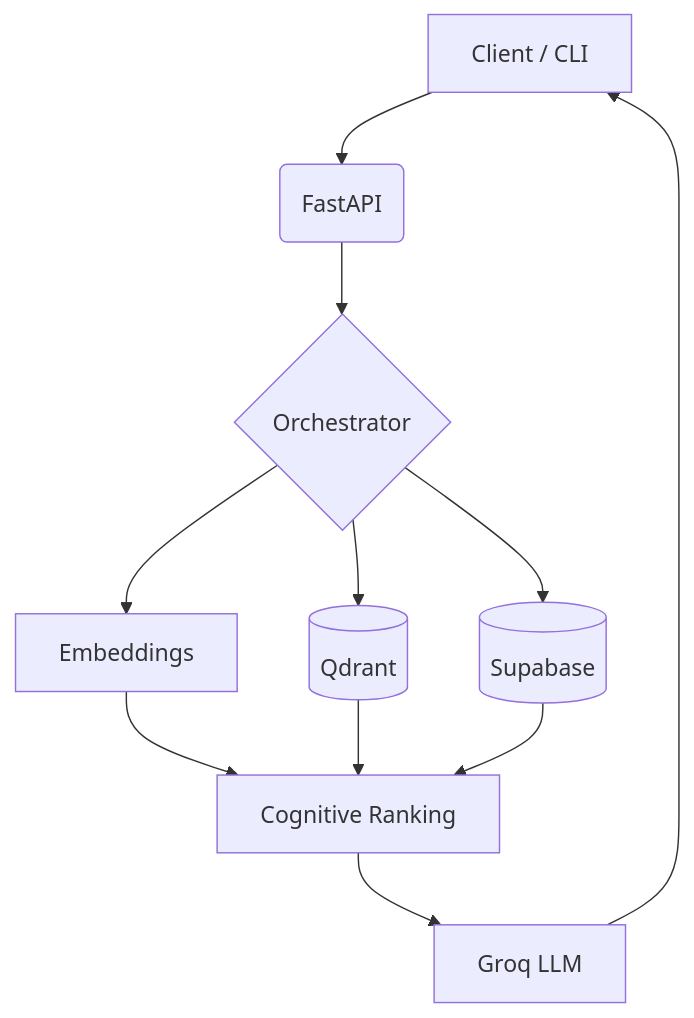
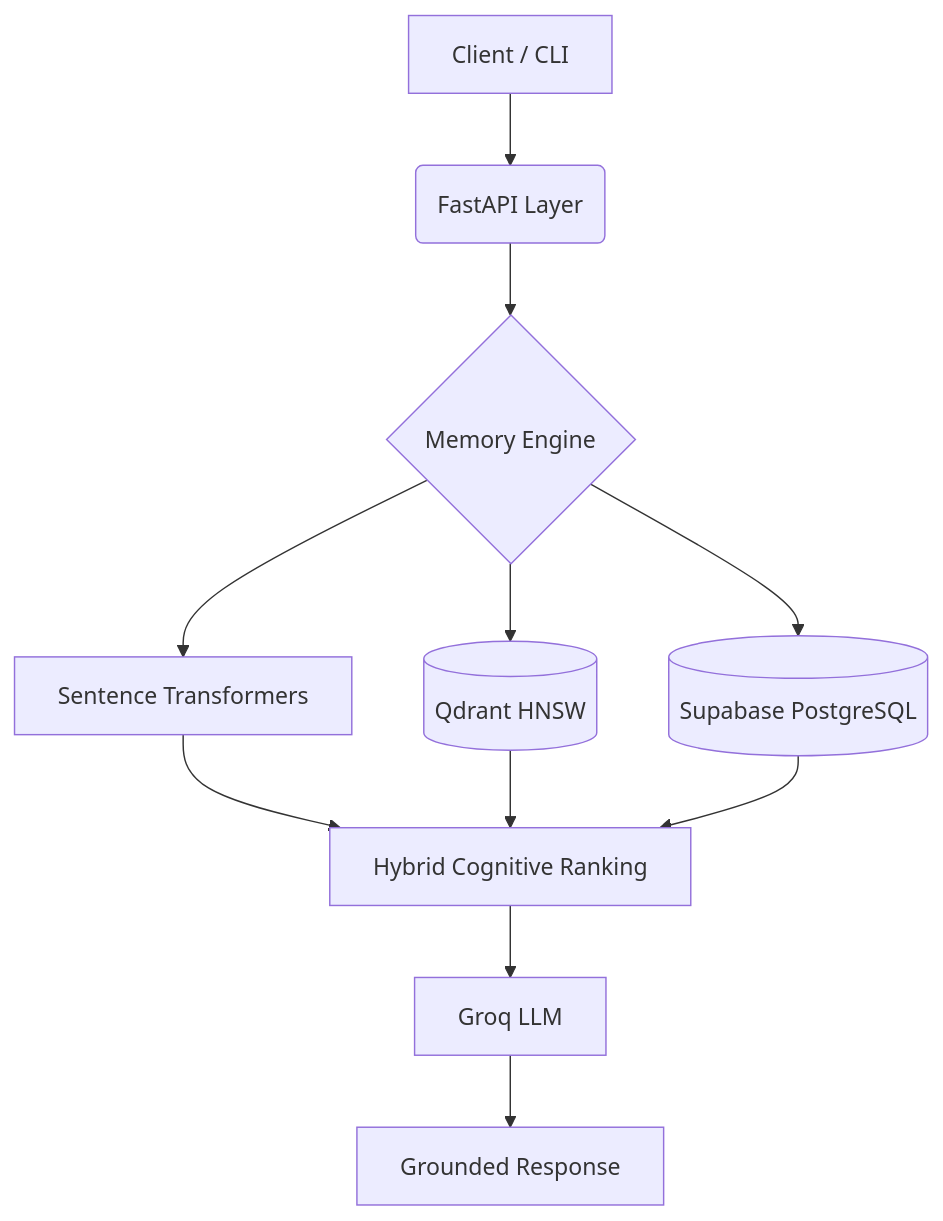
Before and after one commit to hrithikksham/MemoryFade: the diagram in README.md, drawn with Mermaid. The commit also changed other lines of this file, not shown here.

````diff
--- a/README.md
+++ b/README.md
@@ -52,16 +100,19 @@
 ```mermaid
 graph TD
-    A[Client / CLI] --> B(FastAPI)
-    B --> C{Orchestrator}
 
-    C --> D[Embeddings]
-    C --> E[(Qdrant)]
-    C --> F[(Supabase)]
+    A[Client / CLI] --> B(FastAPI Layer)
 
-    D --> G[Cognitive Ranking]
+    B --> C{Memory Engine}
+
+    C --> D[Sentence Transformers]
+    C --> E[(Qdrant HNSW)]
+    C --> F[(Supabase PostgreSQL)]
+
+    D --> G[Hybrid Cognitive Ranking]
     E --> G
     F --> G
 
     G --> H[Groq LLM]
-    H --> A
+
+    H --> I[Grounded Response]
 ```
````
